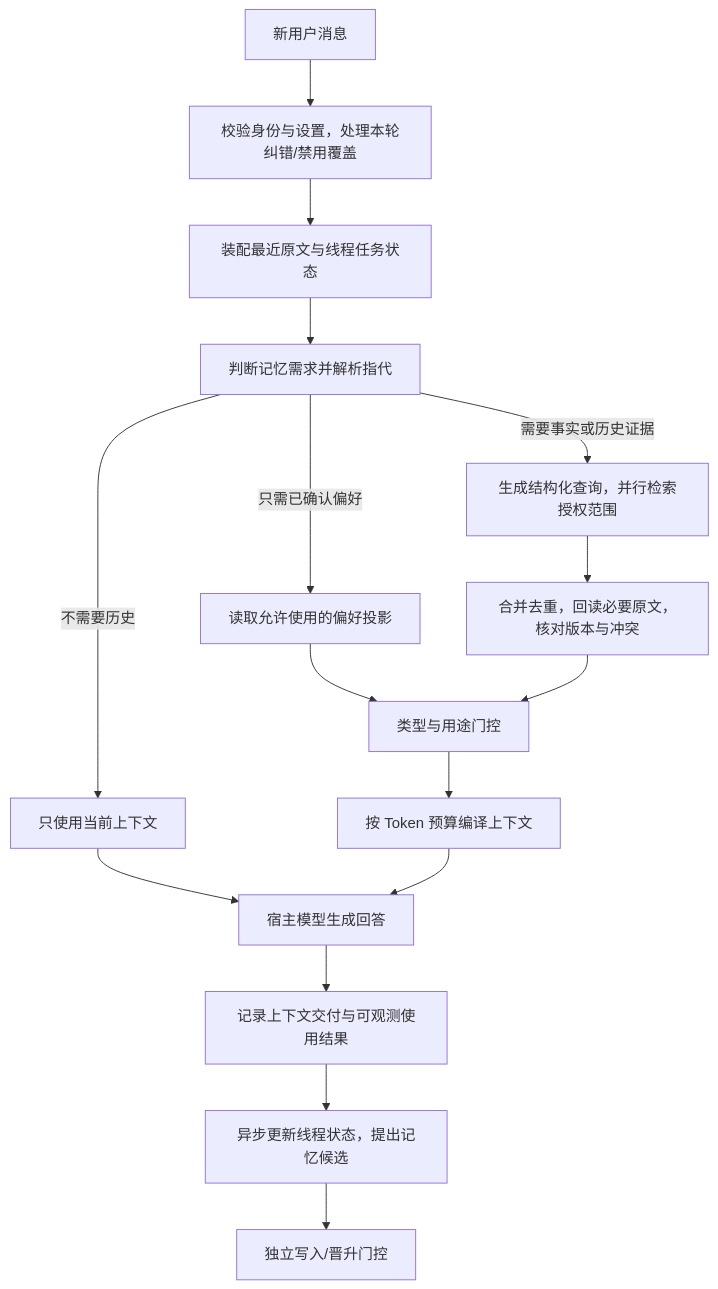
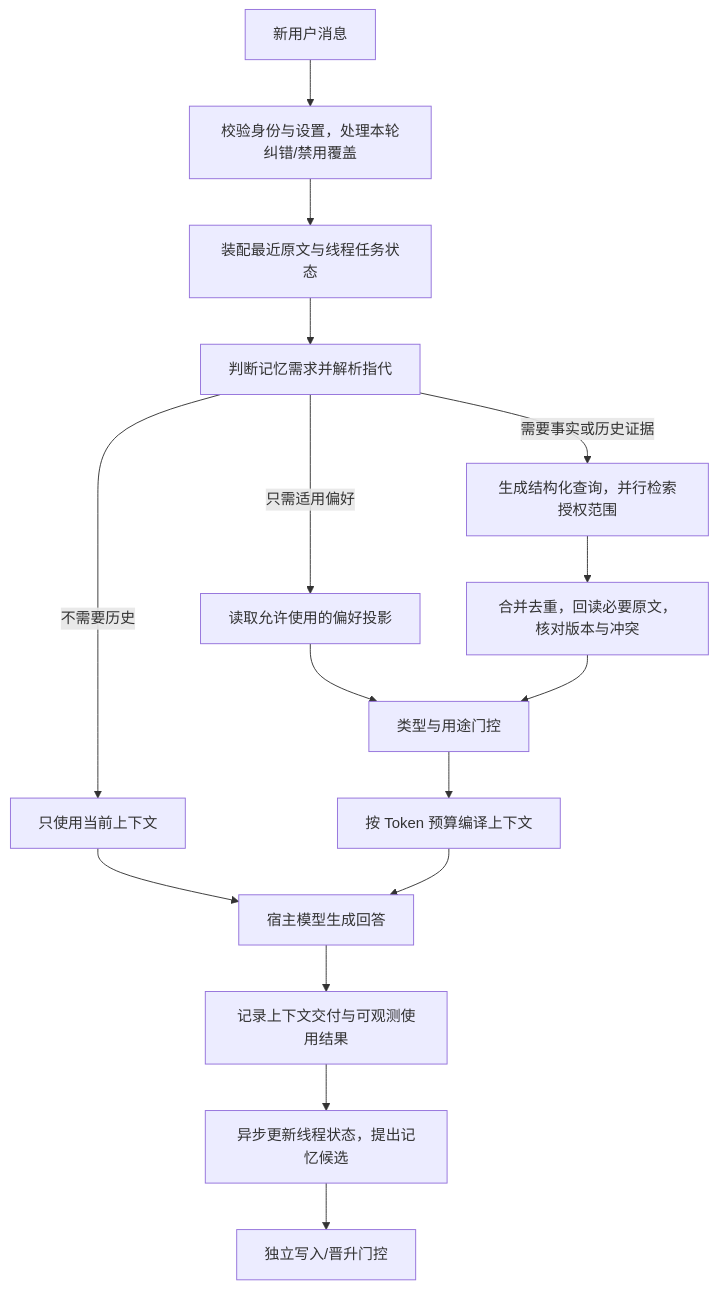
Before and after one commit to 2sao7sao/EvolveMemory: the diagram in docs/conversation-memory-invocation-spec.md, drawn with Mermaid. The commit also changed other lines of this file and 3 other files, not shown here.

````diff
--- a/docs/conversation-memory-invocation-spec.md
+++ b/docs/conversation-memory-invocation-spec.md
@@ -76,18 +76,18 @@
 ```mermaid
 flowchart TD
     A[新用户消息] --> B[校验身份与设置，处理本轮纠错/禁用覆盖]
     B --> C[装配最近原文与线程任务状态]
     C --> D[判断记忆需求并解析指代]
     D -->|不需要历史| H[只使用当前上下文]
-    D -->|只需已确认偏好| E[读取允许使用的偏好投影]
+    D -->|只需适用偏好| E[读取允许使用的偏好投影]
     D -->|需要事实或历史证据| F[生成结构化查询，并行检索授权范围]
     F --> G[合并去重，回读必要原文，核对版本与冲突]
     E --> I[类型与用途门控]
     G --> I
     I --> J[按 Token 预算编译上下文]
     H --> K[宿主模型生成回答]
     J --> K
     K --> L[记录上下文交付与可观测使用结果]
     L --> M[异步更新线程状态，提出记忆候选]
     M --> N[独立写入/晋升门控]
 ```
````
